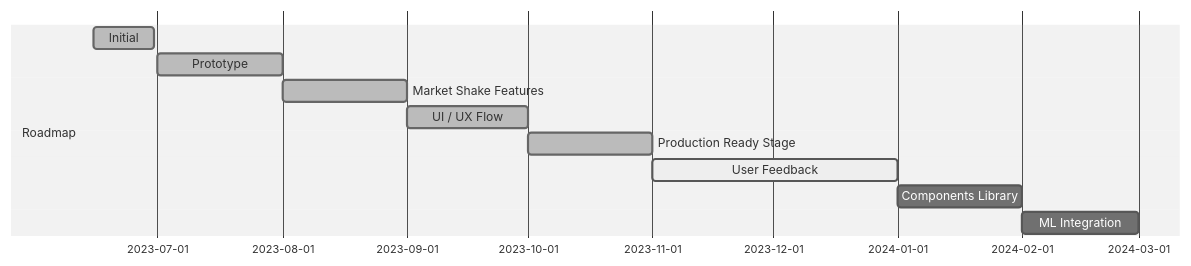
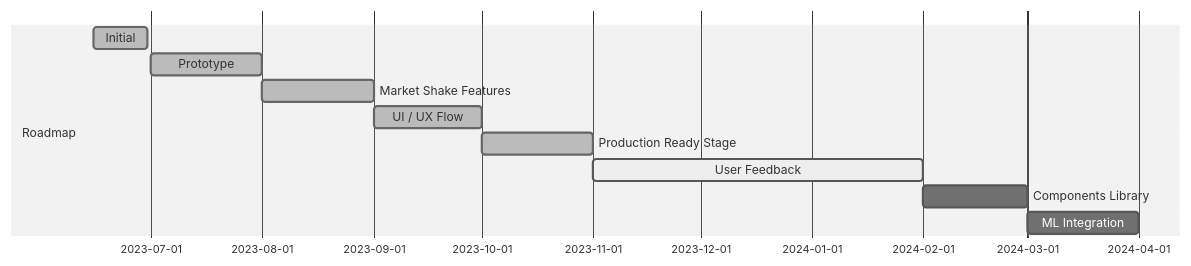
The diagram in README.md (lyskouski/app-finance), drawn with Mermaid (neutral theme) before and after one commit.

Commit message:
[#376] [DC] Implementation Flow. Shift milestones

````diff
--- a/README.md
+++ b/README.md
@@ -16,12 +16,12 @@
 ```mermaid
 gantt
     section Roadmap
     Initial                 :done, dis1, 2023-06-15, 15d
     Prototype               :done, dis2, 2023-07-01, 1M
     Market Shake Features   :done, dis3, 2023-08-01, 1M
     UI / UX Flow            :done, dis4, 2023-09-01, 1M
     Production Ready Stage  :done, dis5, 2023-10-01, 1M
-    User Feedback           :active, dis6, 2023-11-01, 2M
-    Components Library      : dis7, 2024-01-01, 1M
-    ML Integration          : dis8, 2024-02-01, 1M
+    User Feedback           :active, dis6, 2023-11-01, 3M
+    Components Library      : dis7, 2024-02-01, 1M
+    ML Integration          : dis8, 2024-03-01, 1M
 ```
````
